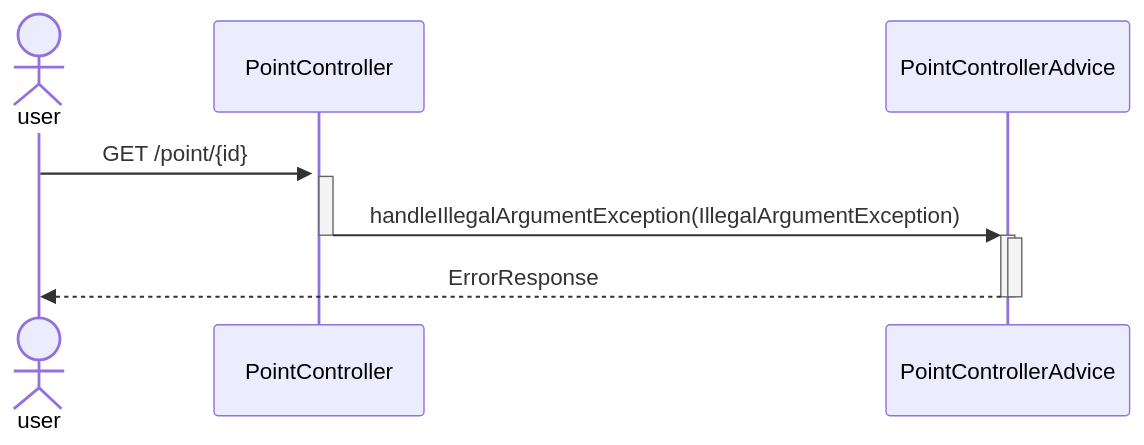
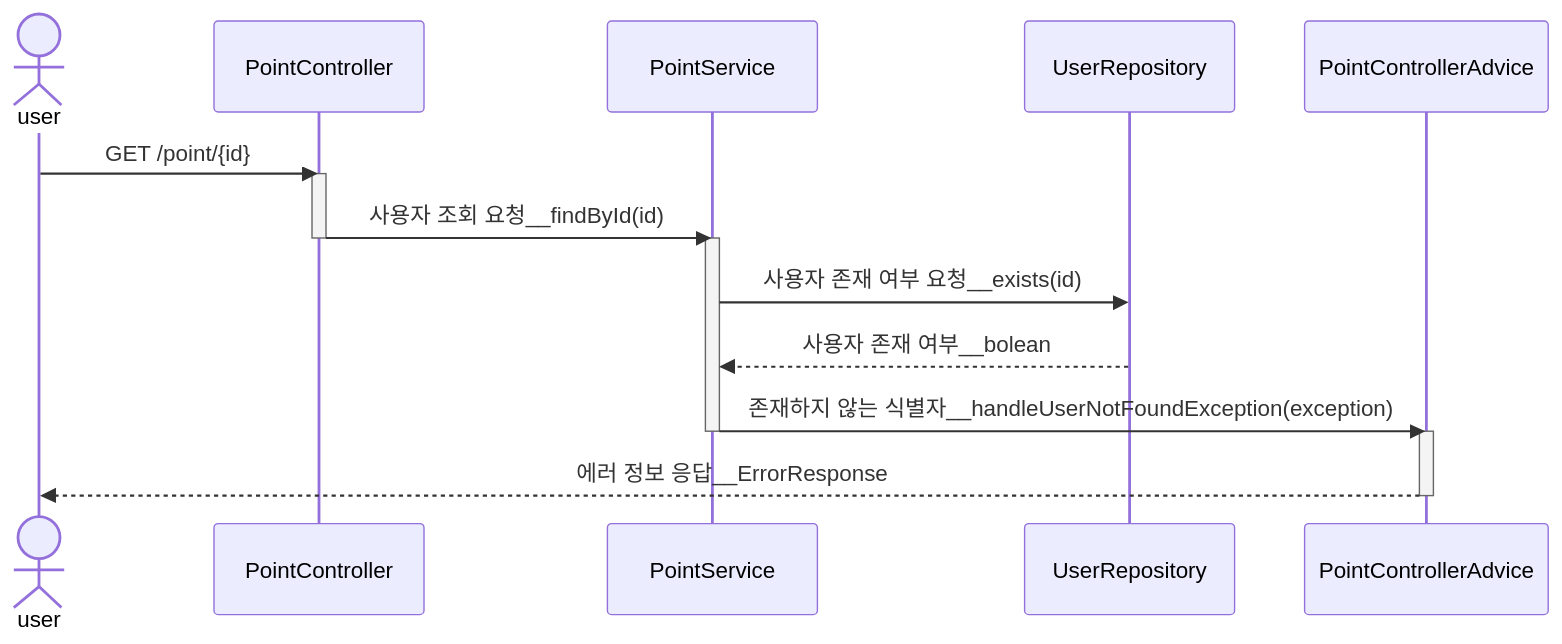
One commit to pbg0205/hhplus-tdd-java changed the third of 3 diagrams in documentation/특정_유저_포인트_조회_API.md. Above: the diagram before and after it, drawn with Mermaid. The commit also changed other lines of this file, not shown here.

Commit message:
docs: 유저 포인트 조회 API 행동 분석 실패 케이스 및 시퀀스 다이어그램 수정

````diff
--- a/documentation/특정_유저_포인트_조회_API.md
+++ b/documentation/특정_유저_포인트_조회_API.md
@@ -77,15 +84,21 @@
 ```mermaid
 sequenceDiagram
 actor user
-participant controller as PointController 
-participant controllerAdvice as PointControllerAdvice 
+participant pointController as PointController
+participant pointService as PointService
+participant userRepository as UserRepository
+participant pointControllerAdvice as PointControllerAdvice
 
-user ->>+ controller: GET /point/{id}
-activate controller
-controller ->>+ controllerAdvice: handleIllegalArgumentException(IllegalArgumentException)
-deactivate controller
-
-activate controllerAdvice
-controllerAdvice -->>- user: ErrorResponse
-    deactivate controllerAdvice
+user ->> pointController: GET /point/{id}
+activate pointController
+pointController ->> pointService: 사용자 조회 요청__findById(id)
+deactivate pointController
+activate pointService
+pointService ->> userRepository: 사용자 존재 여부 요청__exists(id)
+userRepository -->> pointService: 사용자 존재 여부__bolean
+pointService ->> pointControllerAdvice: 존재하지 않는 식별자__handleUserNotFoundException(exception)
+deactivate pointService
+activate pointControllerAdvice
+pointControllerAdvice -->> user: 에러 정보 응답__ErrorResponse
+deactivate pointControllerAdvice
 ```
````
